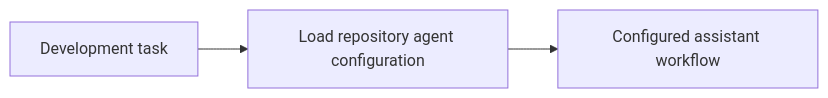
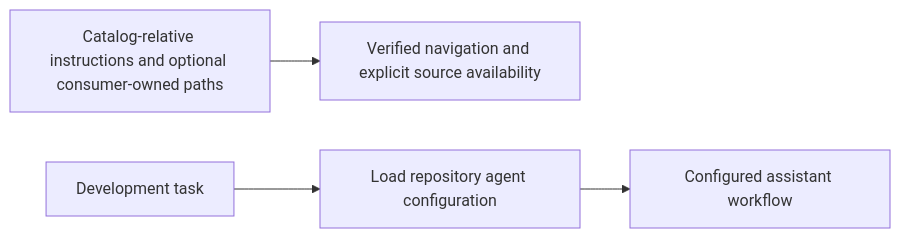
One commit to anoblet/copilot changed the diagram in .github/readme.md. Above: the diagram before and after it, drawn with Mermaid. The commit also changed other lines of this file and 11 other files, not shown here.

````diff
--- a/.github/readme.md
+++ b/.github/readme.md
@@ -8,5 +10,6 @@
 ```mermaid
 flowchart LR
+    NAV10["Catalog-relative instructions and optional consumer-owned paths"] --> NAV10OUT["Verified navigation and explicit source availability"]
     A["Development task"] --> B["Load repository agent configuration"]
     B --> C["Configured assistant workflow"]
 ```
````
